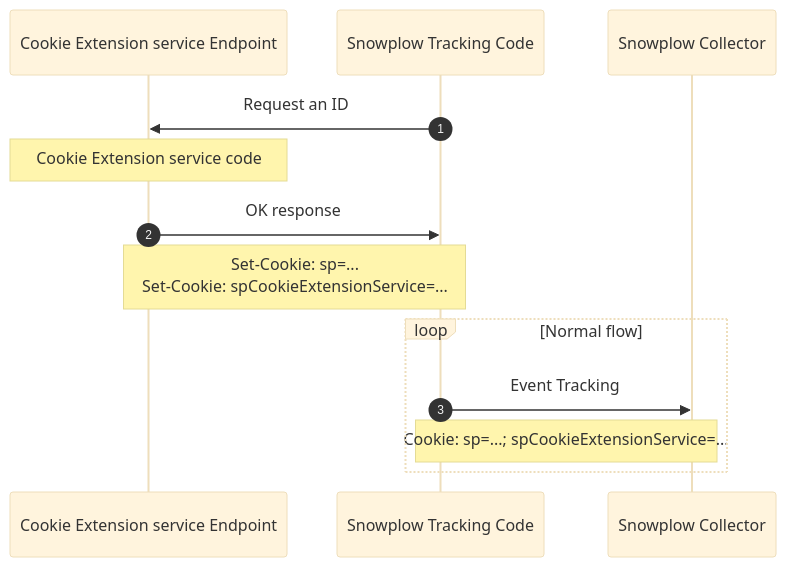
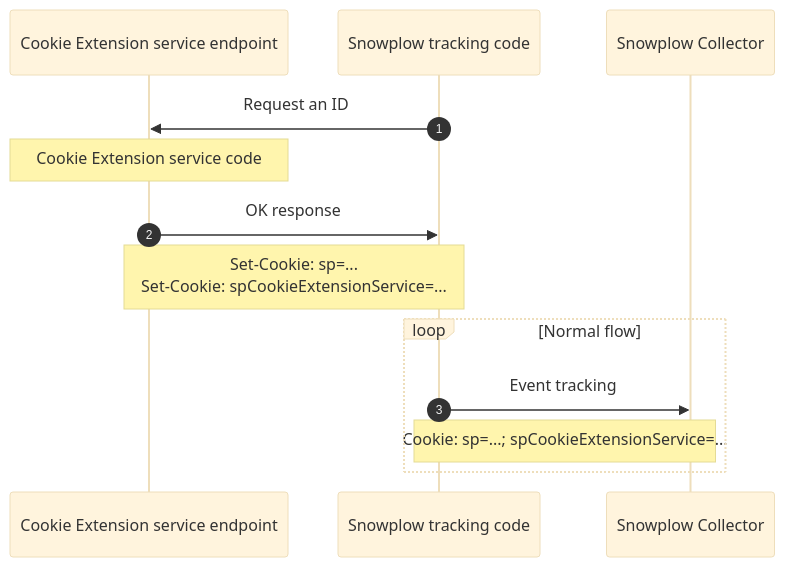
One commit to snowplow/documentation changed the diagram in docs/events/cookie-extension/index.md. Above: the diagram before and after it, drawn with Mermaid (base theme). The commit also changed other lines of this file, not shown here.

````diff
--- a/docs/events/cookie-extension/index.md
+++ b/docs/events/cookie-extension/index.md
@@ -109,15 +34,15 @@
 ```mermaid
 sequenceDiagram
     autonumber
-    participant Service as Cookie Extension service Endpoint
-    participant Tracking as Snowplow Tracking Code
+    participant Service as Cookie Extension service endpoint
+    participant Tracking as Snowplow tracking code
     participant Collector as Snowplow Collector
     Tracking->>Service: Request an ID
     note over Service: Cookie Extension service code
     Service->>Tracking: OK response
     note over Tracking,Service: Set-Cookie: sp=...<br/>Set-Cookie: spCookieExtensionService=...
     loop Normal flow
-        Tracking->>Collector: Event Tracking
+        Tracking->>Collector: Event tracking
         note over Tracking,Collector: Cookie: sp=...#59; spCookieExtensionService=...
     end
 ```
````
